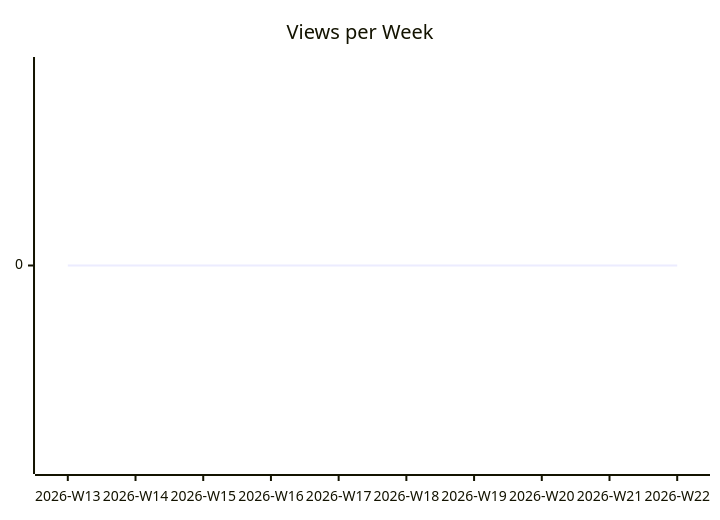
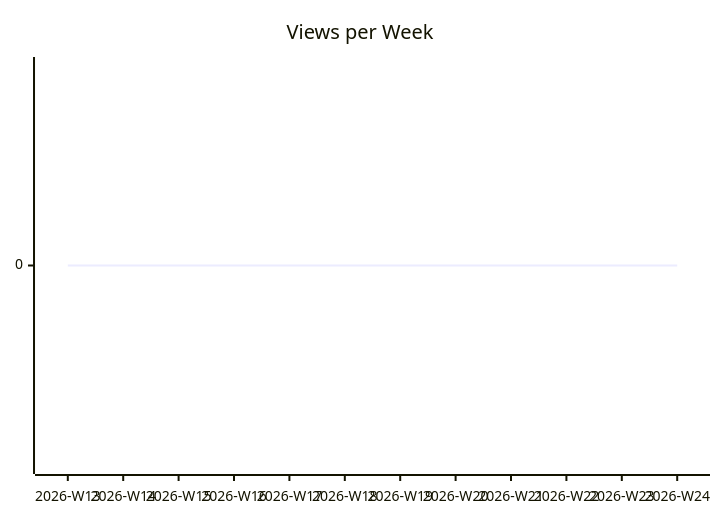
The second of 3 diagrams in karlmdavis/ansible-role-acmetool/README.md (justdavis-family/github-analytics-data), drawn with Mermaid before and after one commit. The commit also changed other lines of this file and 189 other files, not shown here.

````diff
--- a/karlmdavis/ansible-role-acmetool/README.md
+++ b/karlmdavis/ansible-role-acmetool/README.md
@@ -12,6 +12,6 @@
 ```mermaid
 xychart-beta
   title "Views per Week"
-  x-axis ["2026-W13", "2026-W14", "2026-W15", "2026-W16", "2026-W17", "2026-W18", "2026-W19", "2026-W20", "2026-W21", "2026-W22"]
-  line [0, 0, 0, 0, 0, 0, 0, 0, 0, 0]
+  x-axis ["2026-W13", "2026-W14", "2026-W15", "2026-W16", "2026-W17", "2026-W18", "2026-W19", "2026-W20", "2026-W21", "2026-W22", "2026-W23", "2026-W24"]
+  line [0, 0, 0, 0, 0, 0, 0, 0, 0, 0, 0, 0]
 ```
````
